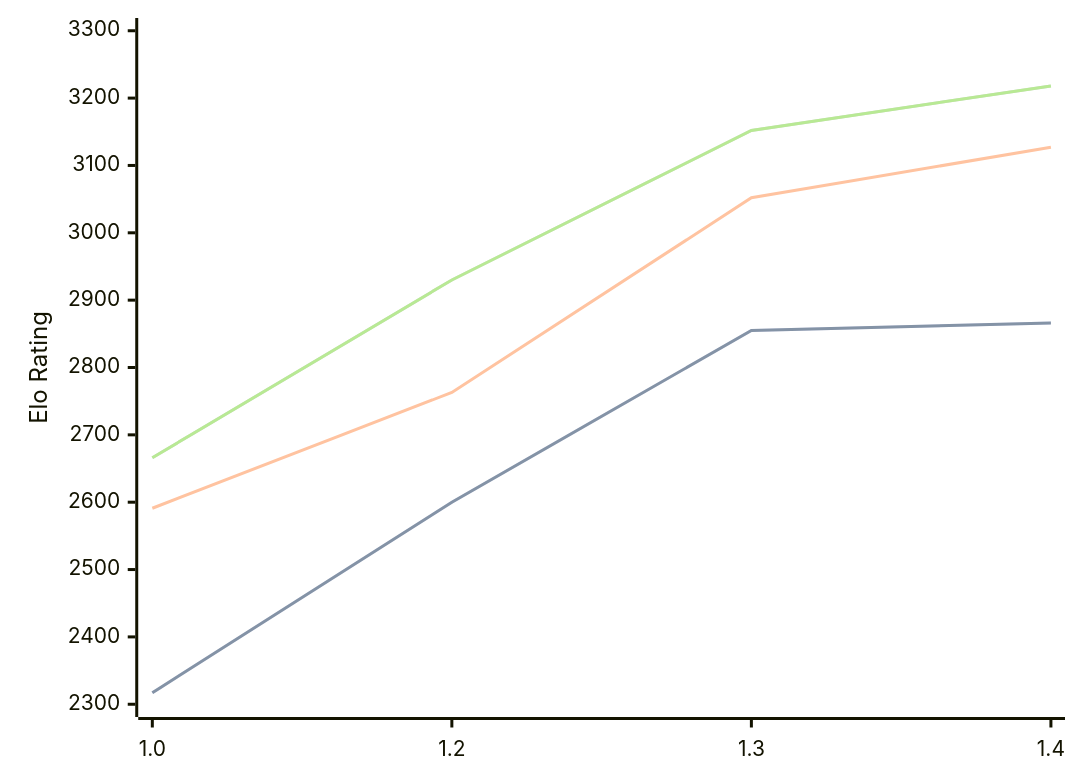
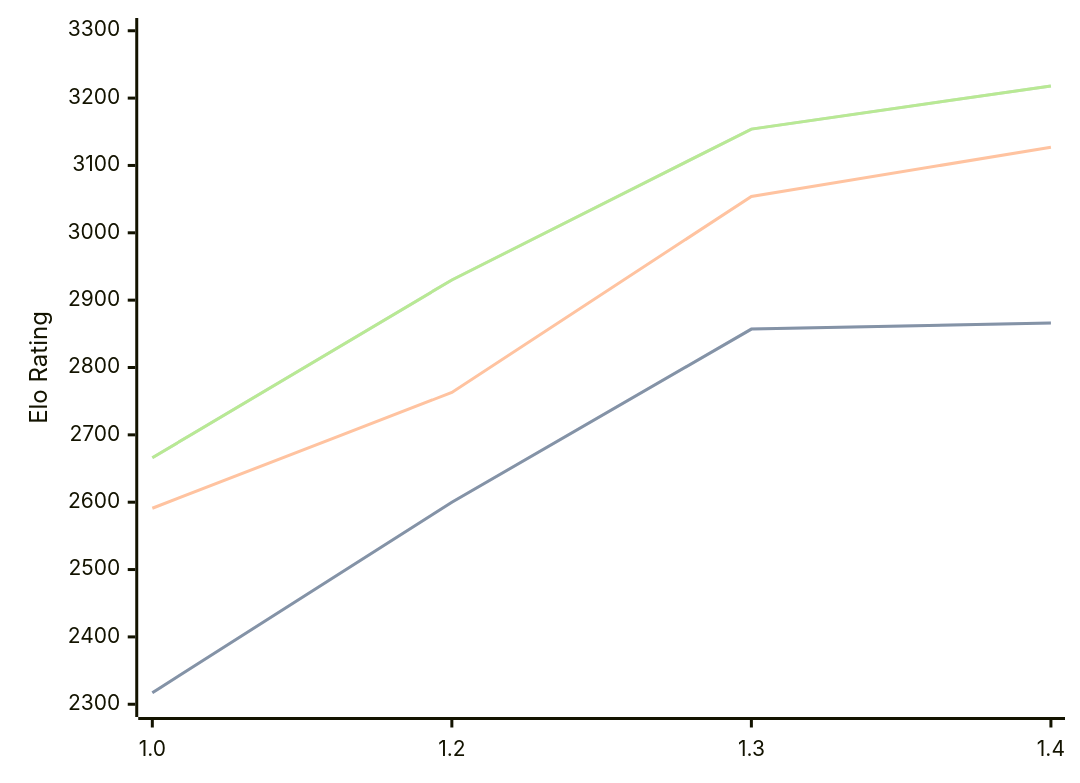
The third of 3 diagrams in engines/Chessnix.md (computer-chess-index/cci), drawn with Mermaid before and after one commit. The commit also changed other lines of this file, not shown here.

Commit message:
Update CCI Ratings (ELO VLTC) - 2026-06-24

````diff
--- a/engines/Chessnix.md
+++ b/engines/Chessnix.md
@@ -69,11 +69,11 @@
 ```mermaid
 %%{init: {"theme":"base","themeVariables":{"seriesColors:['#a3a3a3','#222221','#faa371']}}}%%
 xychart-beta
   x-axis ["1.0", "1.2", "1.3", "1.4"]
   y-axis "Elo Rating" 2300 --> 3300
-  line "STC (8.0+0.08s)" [2317, 2600, 2855, 2866]
-  line "STC (8.0+0.08s)" [2317, 2600, 2855, 2866]
-  line "LTC (60.0+0.60s)" [2591, 2763, 3052, 3127]
-  line "VLTC (2m24s+1.12s)" [2666, 2930, 3152, 3218]
-  line "VLTC (2m24s+1.12s)" [2666, 2930, 3152, 3218]
+  line "STC (8.0+0.08s)" [2317, 2600, 2857, 2866]
+  line "STC (8.0+0.08s)" [2317, 2600, 2857, 2866]
+  line "LTC (60.0+0.60s)" [2591, 2763, 3054, 3127]
+  line "VLTC (2m24s+1.12s)" [2666, 2930, 3154, 3218]
+  line "VLTC (2m24s+1.12s)" [2666, 2930, 3154, 3218]
 ```
````
